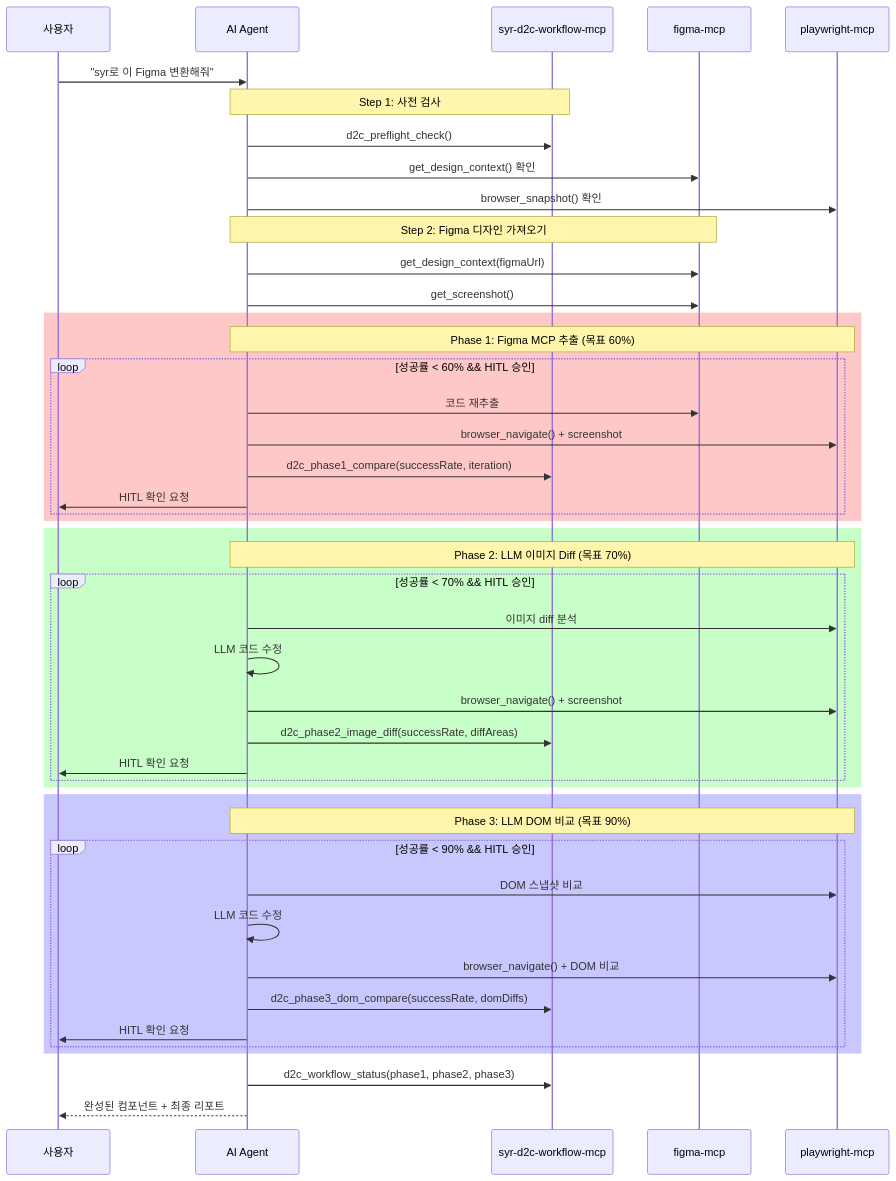
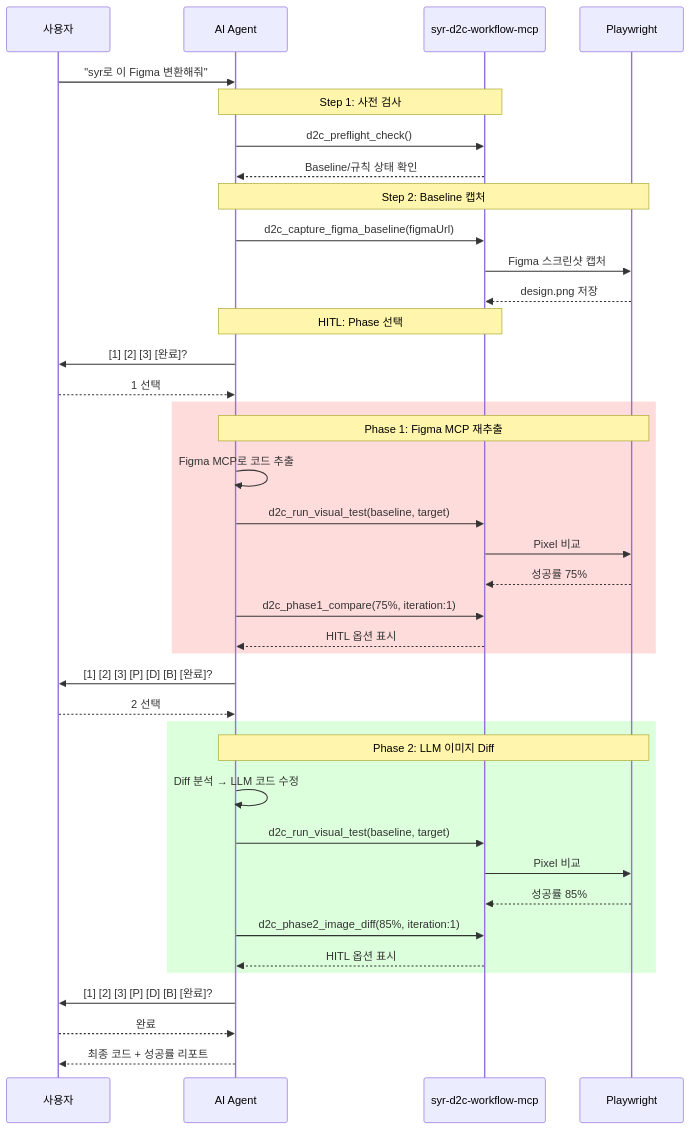
Before and after one commit to Mike-kor/syr-d2c-workflow-mcp: the second of 2 diagrams in README.md, drawn with Mermaid. The commit also changed other lines of this file and 12 other files, not shown here.

First line of the commit message:
feat: v1.1.0 - Baseline 캡처 및 동등 Phase 선택 구조

````diff
--- a/README.md
+++ b/README.md
@@ -232,54 +157,50 @@
 ```mermaid
 sequenceDiagram
     participant User as 사용자
     participant AI as AI Agent
     participant D2C as syr-d2c-workflow-mcp
-    participant Figma as figma-mcp
-    participant PW as playwright-mcp
+    participant PW as Playwright
 
     User->>AI: "syr로 이 Figma 변환해줘"
     
     Note over AI,D2C: Step 1: 사전 검사
     AI->>D2C: d2c_preflight_check()
-    AI->>Figma: get_design_context() 확인
-    AI->>PW: browser_snapshot() 확인
+    D2C-->>AI: Baseline/규칙 상태 확인
     
-    Note over AI,Figma: Step 2: Figma 디자인 가져오기
-    AI->>Figma: get_design_context(figmaUrl)
-    AI->>Figma: get_screenshot()
+    Note over AI,PW: Step 2: Baseline 캡처
+    AI->>D2C: d2c_capture_figma_baseline(figmaUrl)
+    D2C->>PW: Figma 스크린샷 캡처
+    PW-->>D2C: design.png 저장
     
-    rect rgb(255, 200, 200)
-        Note over AI,PW: Phase 1: Figma MCP 추출 (목표 60%)
-        loop 성공률 < 60% && HITL 승인
-            AI->>Figma: 코드 재추출
-            AI->>PW: browser_navigate() + screenshot
-            AI->>D2C: d2c_phase1_compare(successRate, iteration)
-            AI->>User: HITL 확인 요청
-        end
+    Note over AI,D2C: HITL: Phase 선택
+    AI->>User: [1] [2] [3] [완료]?
+    User-->>AI: 1 선택
+    
+    rect rgb(255, 220, 220)
+        Note over AI,PW: Phase 1: Figma MCP 재추출
+        AI->>AI: Figma MCP로 코드 추출
+        AI->>D2C: d2c_run_visual_test(baseline, target)
+        D2C->>PW: Pixel 비교
+        PW-->>D2C: 성공률 75%
+        AI->>D2C: d2c_phase1_compare(75%, iteration:1)
+        D2C-->>AI: HITL 옵션 표시
     end
     
-    rect rgb(200, 255, 200)
-        Note over AI,PW: Phase 2: LLM 이미지 Diff (목표 70%)
-        loop 성공률 < 70% && HITL 승인
-            AI->>PW: 이미지 diff 분석
-            AI->>AI: LLM 코드 수정
-            AI->>PW: browser_navigate() + screenshot
-            AI->>D2C: d2c_phase2_image_diff(successRate, diffAreas)
-            AI->>User: HITL 확인 요청
-        end
+    AI->>User: [1] [2] [3] [P] [D] [B] [완료]?
+    User-->>AI: 2 선택
+    
+    rect rgb(220, 255, 220)
+        Note over AI,PW: Phase 2: LLM 이미지 Diff
+        AI->>AI: Diff 분석 → LLM 코드 수정
+        AI->>D2C: d2c_run_visual_test(baseline, target)
+        D2C->>PW: Pixel 비교
+        PW-->>D2C: 성공률 85%
+        AI->>D2C: d2c_phase2_image_diff(85%, iteration:1)
+        D2C-->>AI: HITL 옵션 표시
     end
     
-    rect rgb(200, 200, 255)
-        Note over AI,PW: Phase 3: LLM DOM 비교 (목표 90%)
-        loop 성공률 < 90% && HITL 승인
-            AI->>PW: DOM 스냅샷 비교
-            AI->>AI: LLM 코드 수정
-            AI->>PW: browser_navigate() + DOM 비교
-            AI->>D2C: d2c_phase3_dom_compare(successRate, domDiffs)
-            AI->>User: HITL 확인 요청
-        end
-    end
+    AI->>User: [1] [2] [3] [P] [D] [B] [완료]?
+    User-->>AI: 완료
     
-    AI->>D2C: d2c_workflow_status(phase1, phase2, phase3)
-    AI-->>User: 완성된 컴포넌트 + 최종 리포트
+    AI-->>User: 최종 코드 + 성공률 리포트
 ```
````
